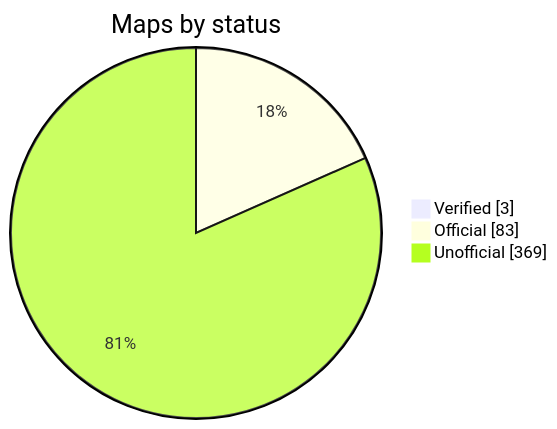
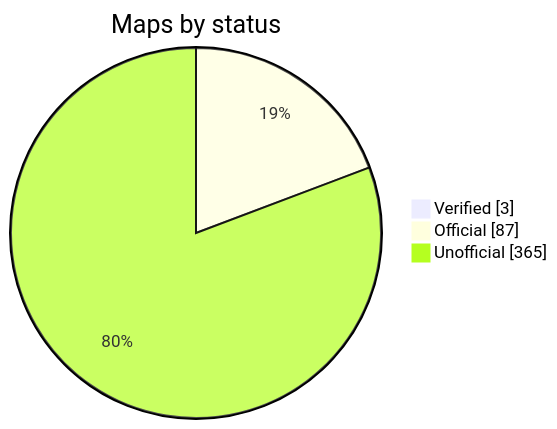
The diagram in README.md (nobrega8/mbmap-library), drawn with Mermaid before and after one commit. The commit also changed 1 other file, not shown here.

Commit message:
Update the index

````diff
--- a/README.md
+++ b/README.md
@@ -48,7 +48,7 @@
 ```mermaid
 pie showData
     title Maps by status
     "Verified" : 3
-    "Official" : 83
-    "Unofficial" : 369
+    "Official" : 87
+    "Unofficial" : 365
 ```
````
